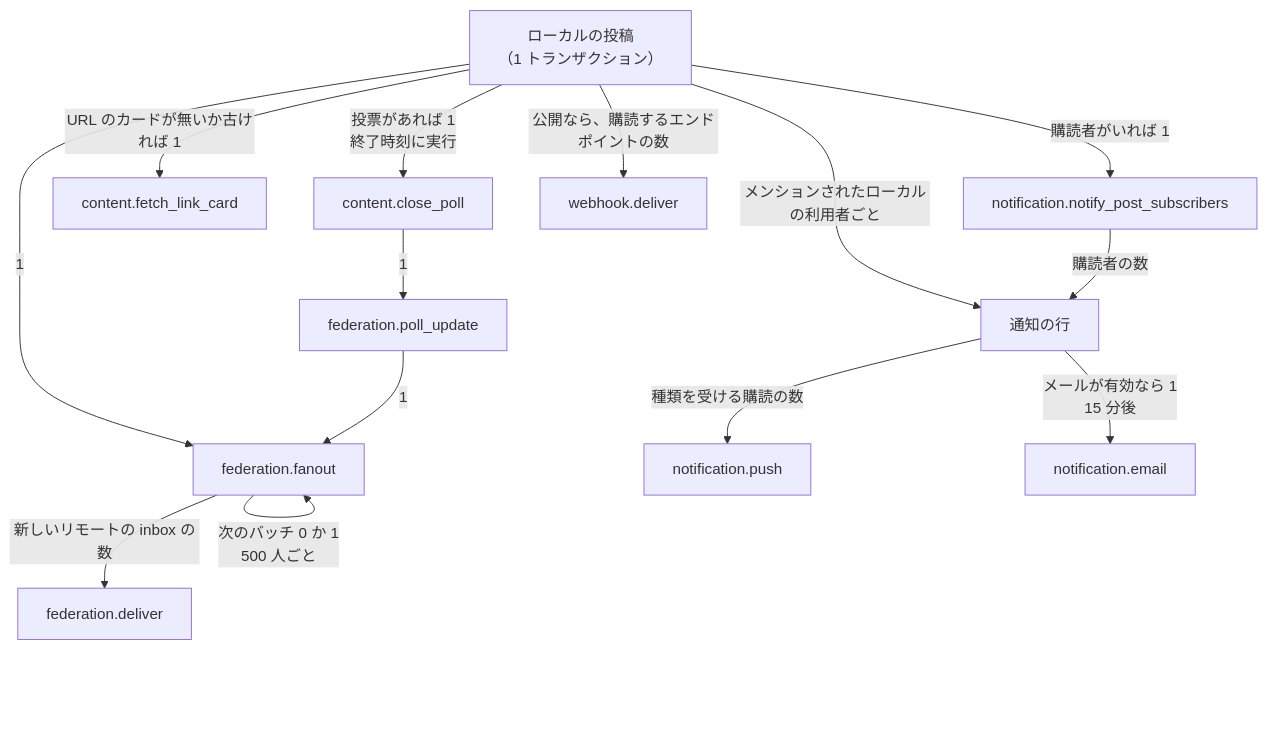
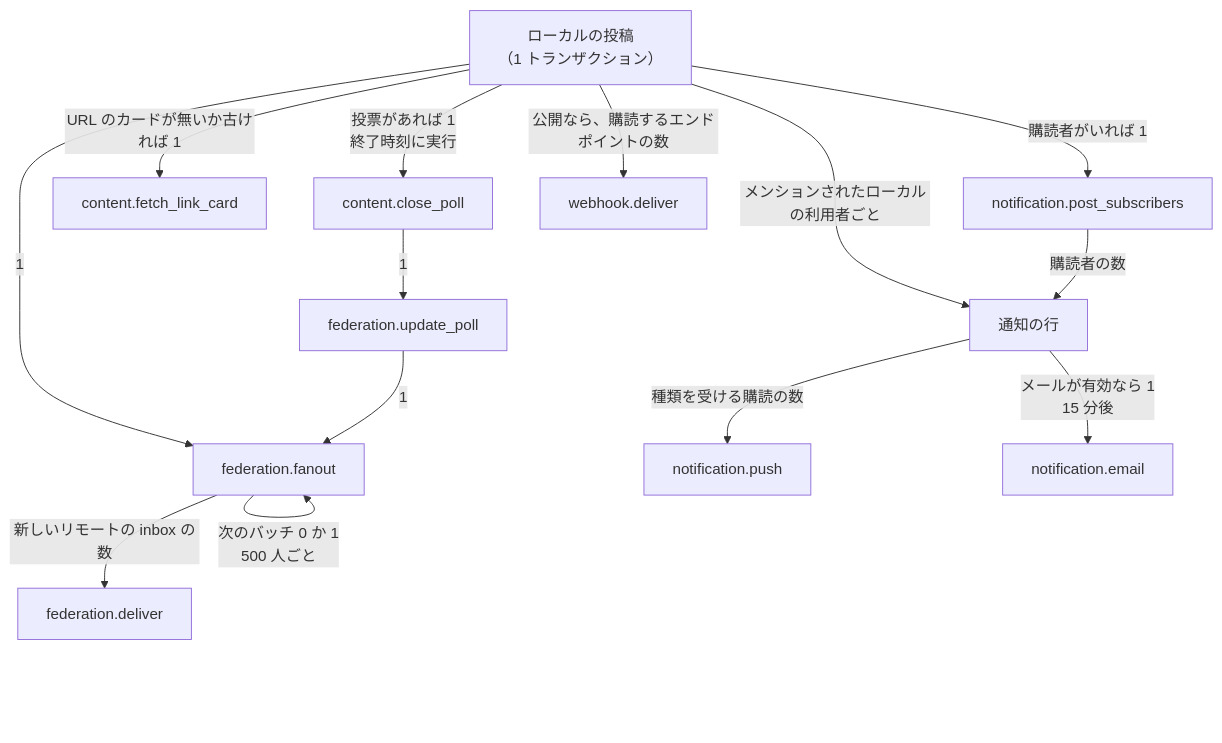
Before and after one commit to mycroblog/my: the third of 6 diagrams in docs/architecture/job-system.md, drawn with Mermaid. The commit also changed other lines of this file and 56 other files, not shown here.

````diff
--- a/docs/architecture/job-system.md
+++ b/docs/architecture/job-system.md
@@ -106,17 +106,17 @@
 ```mermaid
 flowchart TD
   post["ローカルの投稿<br/>（1 トランザクション）"]
   post -- "1" --> fanout["federation.fanout"]
   post -- "投票があれば 1<br/>終了時刻に実行" --> closepoll["content.close_poll"]
   post -- "URL のカードが無いか古ければ 1" --> card["content.fetch_link_card"]
-  post -- "購読者がいれば 1" --> subs["notification.notify_post_subscribers"]
+  post -- "購読者がいれば 1" --> subs["notification.post_subscribers"]
   post -- "メンションされたローカルの利用者ごと" --> notify["通知の行"]
   post -- "公開なら、購読するエンドポイントの数" --> webhook["webhook.deliver"]
   fanout -- "次のバッチ 0 か 1<br/>500 人ごと" --> fanout
   fanout -- "新しいリモートの inbox の数" --> deliver["federation.deliver"]
   subs -- "購読者の数" --> notify
   notify -- "種類を受ける購読の数" --> push["notification.push"]
   notify -- "メールが有効なら 1<br/>15 分後" --> email["notification.email"]
-  closepoll -- "1" --> pollupdate["federation.poll_update"]
+  closepoll -- "1" --> pollupdate["federation.update_poll"]
   pollupdate -- "1" --> fanout
 ```
````
